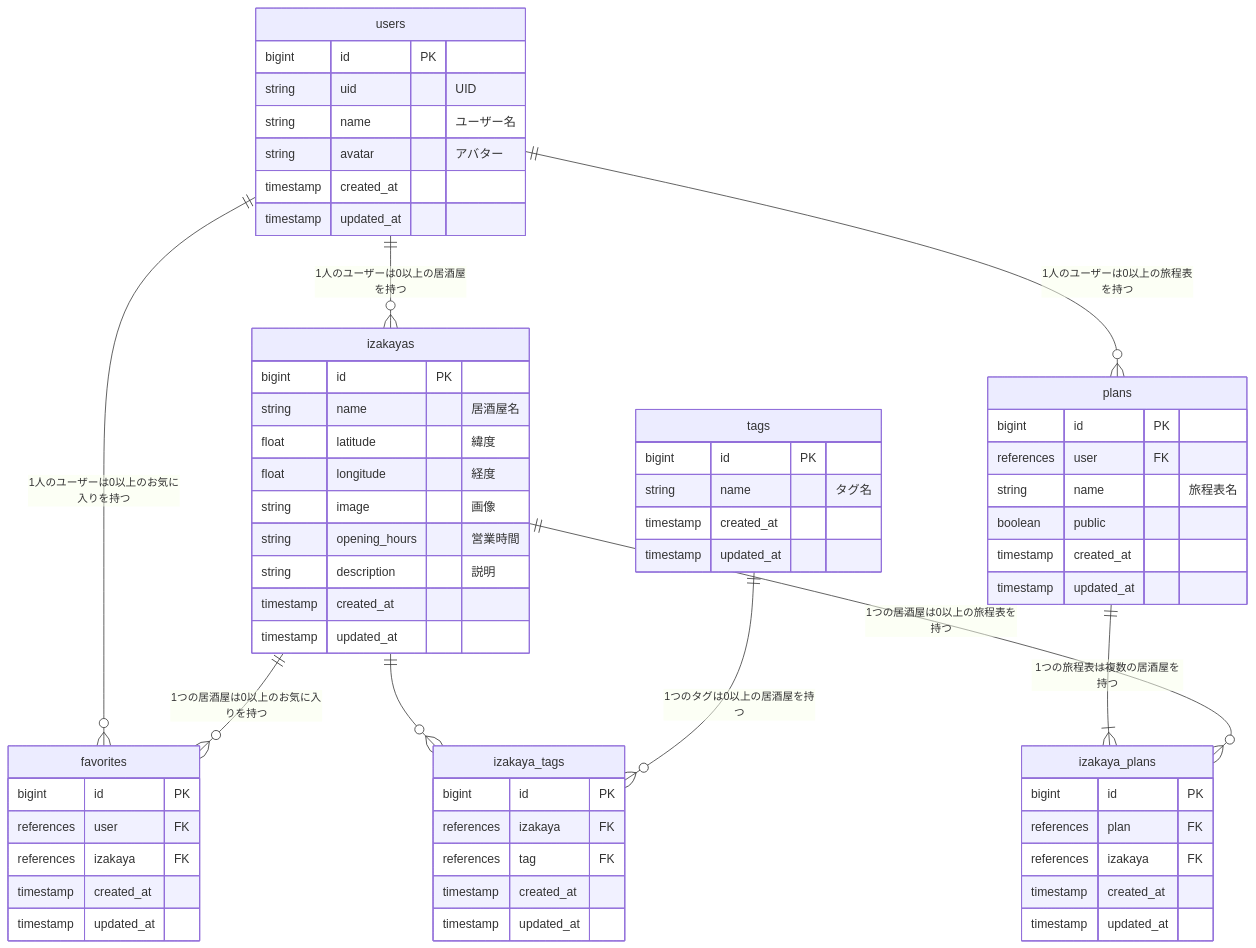
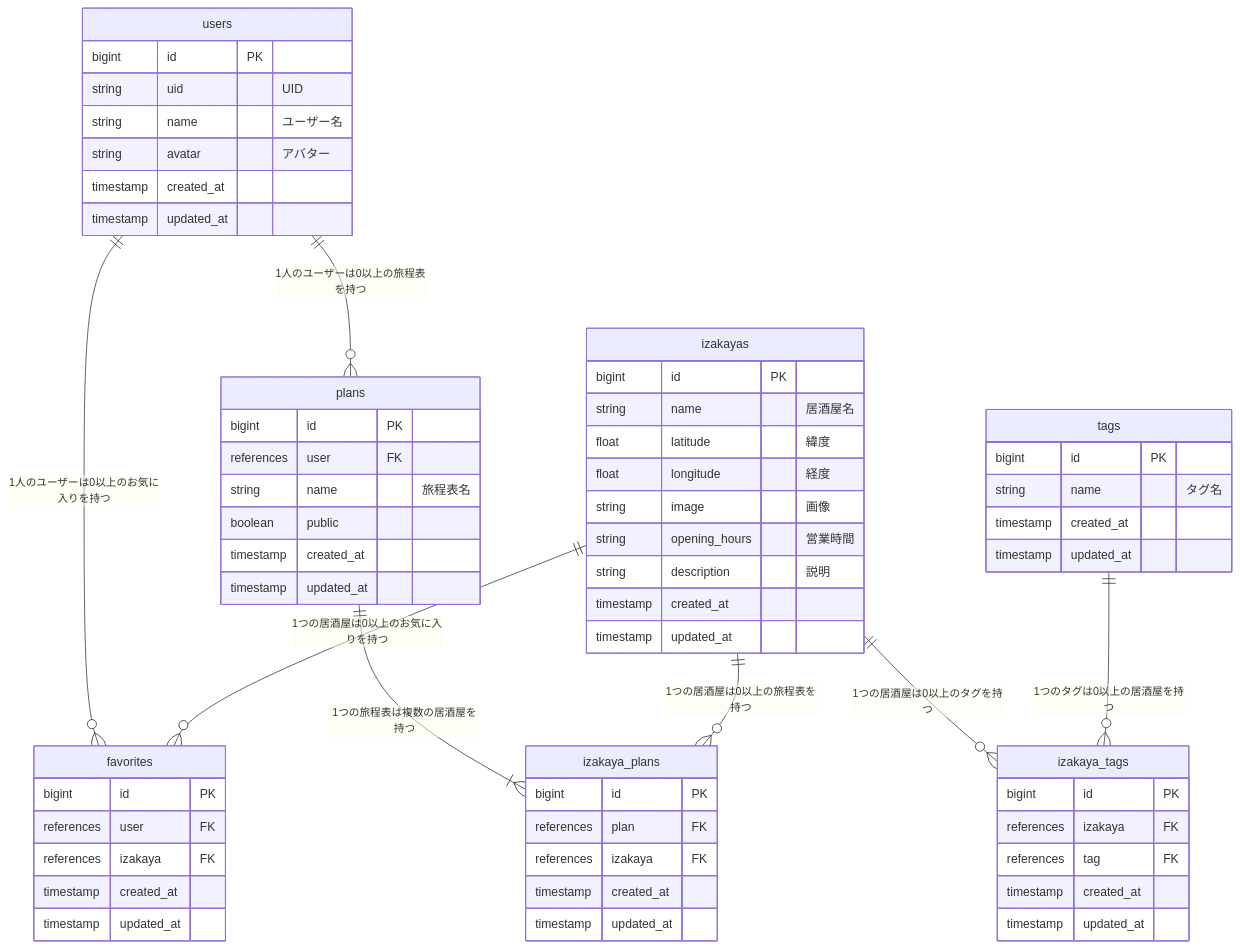
Before and after one commit to nao-enpg/Nishinari_Izakaya_Crawl: the diagram in README.md, drawn with Mermaid.

Commit message:
ER図修正

````diff
--- a/README.md
+++ b/README.md
@@ -86,72 +86,71 @@
 ```mermaid
 erDiagram
-  users ||--o{ izakayas : "1人のユーザーは0以上の居酒屋を持つ"
   users ||--o{ favorites : "1人のユーザーは0以上のお気に入りを持つ"
   users ||--o{ plans : "1人のユーザーは0以上の旅程表を持つ"
   izakayas ||--o{ favorites : "1つの居酒屋は0以上のお気に入りを持つ"
-  izakayas ||--o{ izakaya_tags : ""
+  izakayas ||--o{ izakaya_tags : "1つの居酒屋は0以上のタグを持つ"
   tags ||--o{ izakaya_tags : "1つのタグは0以上の居酒屋を持つ"
   plans ||--|{ izakaya_plans : "1つの旅程表は複数の居酒屋を持つ"
   izakayas ||--o{ izakaya_plans : "1つの居酒屋は0以上の旅程表を持つ"
 
   users {
     bigint id PK
     string uid "UID"
     string name "ユーザー名"
     string avatar "アバター"
     timestamp created_at
     timestamp updated_at
   }
 
   izakayas {
     bigint id PK
     string name "居酒屋名"
     float latitude "緯度"
     float longitude "経度"
     string image "画像"
     string opening_hours "営業時間"
     string description "説明"
     timestamp created_at
     timestamp updated_at
   }
 
   tags {
     bigint id PK
     string name "タグ名"
     timestamp created_at
     timestamp updated_at
   }
 
   favorites {
     bigint id PK
     references user FK
     references izakaya FK
     timestamp created_at
     timestamp updated_at
   }
 
   plans {
     bigint id PK
     references user FK
     string name "旅程表名"
     boolean public
     timestamp created_at
     timestamp updated_at
   }
 
   izakaya_tags {
     bigint id PK
     references izakaya FK
     references tag FK
     timestamp created_at
     timestamp updated_at
   }
 
   izakaya_plans {
     bigint id PK
     references plan FK
     references izakaya FK
     timestamp created_at
     timestamp updated_at
   }
 ```
````
